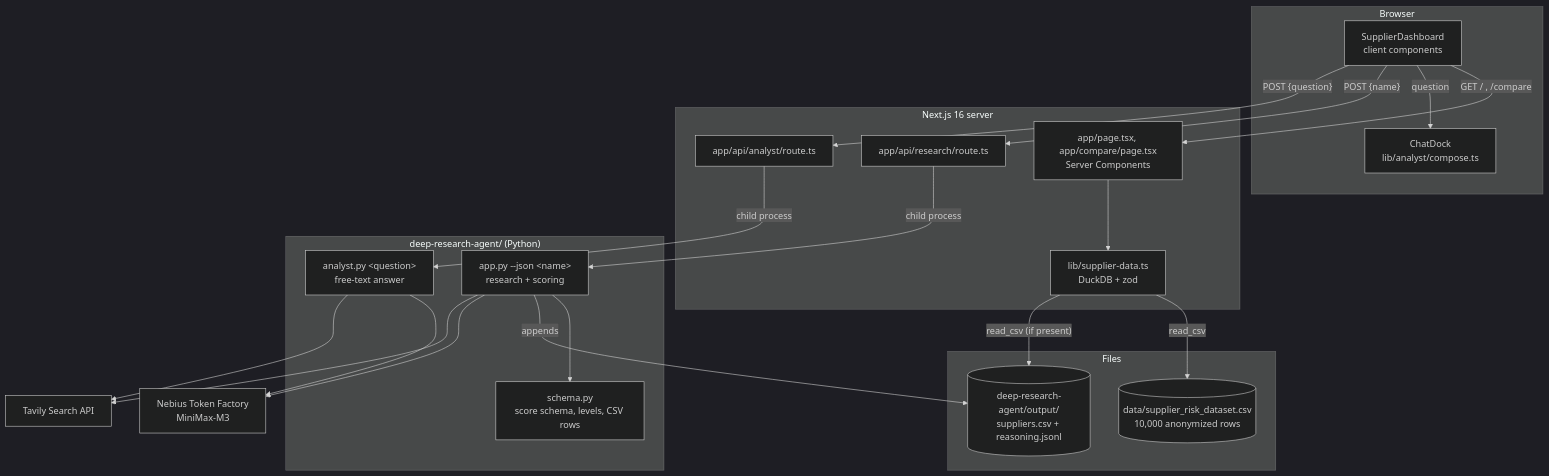
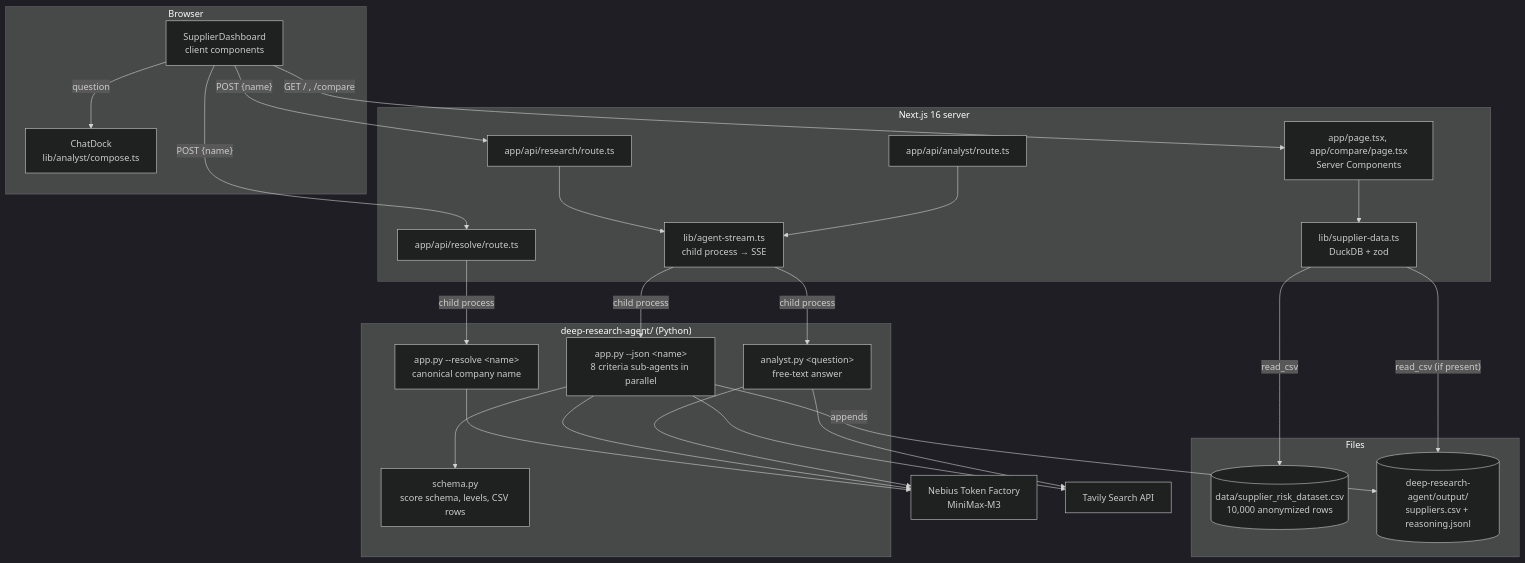
Before and after one commit to Sy-D/suppler-risk-intelligence-siemens-hackathon: the diagram in docs/ARCHITECTURE.md, drawn with Mermaid (dark theme). The commit also changed other lines of this file and 2 other files, not shown here.

First line of the commit message:
Update docs for streamed agent routes, name resolution and sub-agents

````diff
--- a/docs/ARCHITECTURE.md
+++ b/docs/ARCHITECTURE.md
@@ -10,39 +11,45 @@
 ```mermaid
 flowchart TB
   subgraph Browser
     UI[SupplierDashboard<br>client components]
     Chat["ChatDock<br>lib/analyst/compose.ts"]
   end
 
   subgraph Next["Next.js 16 server"]
     Page["app/page.tsx, app/compare/page.tsx<br>Server Components"]
     Data["lib/supplier-data.ts<br>DuckDB + zod"]
+    R0["app/api/resolve/route.ts"]
     R1["app/api/research/route.ts"]
     R2["app/api/analyst/route.ts"]
+    Stream["lib/agent-stream.ts<br>child process → SSE"]
   end
 
   subgraph Agent["deep-research-agent/ (Python)"]
-    App["app.py --json &lt;name&gt;<br>research + scoring"]
+    App["app.py --json &lt;name&gt;<br>8 criteria sub-agents in parallel"]
+    Resolve["app.py --resolve &lt;name&gt;<br>canonical company name"]
     Analyst["analyst.py &lt;question&gt;<br>free-text answer"]
     Schema["schema.py<br>score schema, levels, CSV rows"]
   end
 
   subgraph Files
     CSV[(data/supplier_risk_dataset.csv<br>10,000 anonymized rows)]
     Out[(deep-research-agent/output/<br>suppliers.csv + reasoning.jsonl)]
   end
 
   Nebius[Nebius Token Factory<br>MiniMax-M3]
   Tavily[Tavily Search API]
 
   UI -- "GET / , /compare" --> Page --> Data
   UI -- "question" --> Chat
   Data -- read_csv --> CSV
   Data -- "read_csv (if present)" --> Out
-  UI -- "POST {name}" --> R1 -- "child process" --> App
-  UI -- "POST {question}" --> R2 -- "child process" --> Analyst
+  UI -- "POST {name}" --> R0 -- "child process" --> Resolve
+  UI -- "POST {name}" --> R1 --> Stream
+  R2 --> Stream
+  Stream -- "child process" --> App
+  Stream -- "child process" --> Analyst
   App --> Schema
   App -- appends --> Out
-  App & Analyst --> Nebius
+  Resolve & App & Analyst --> Nebius
   App & Analyst --> Tavily
 ```
````
